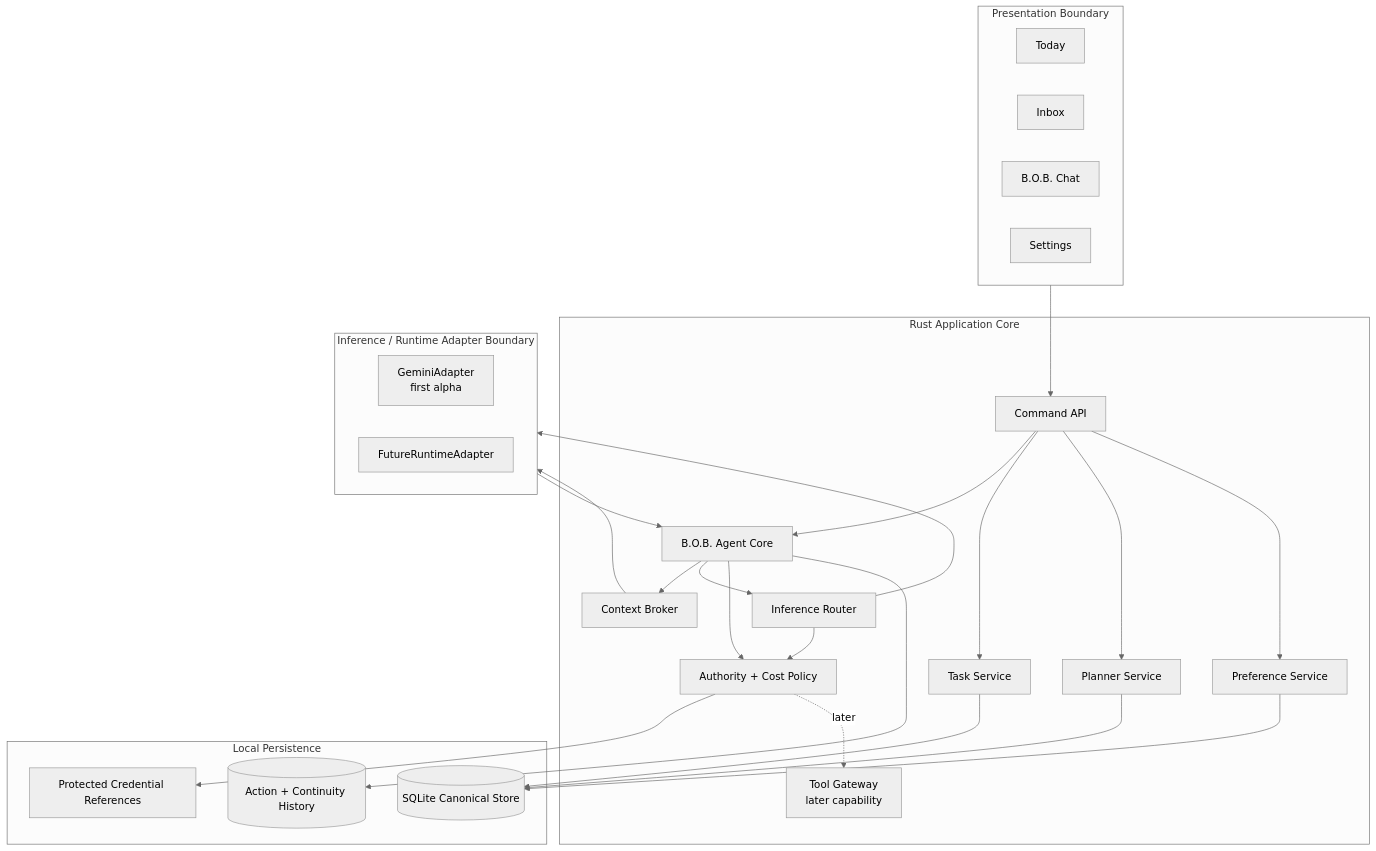
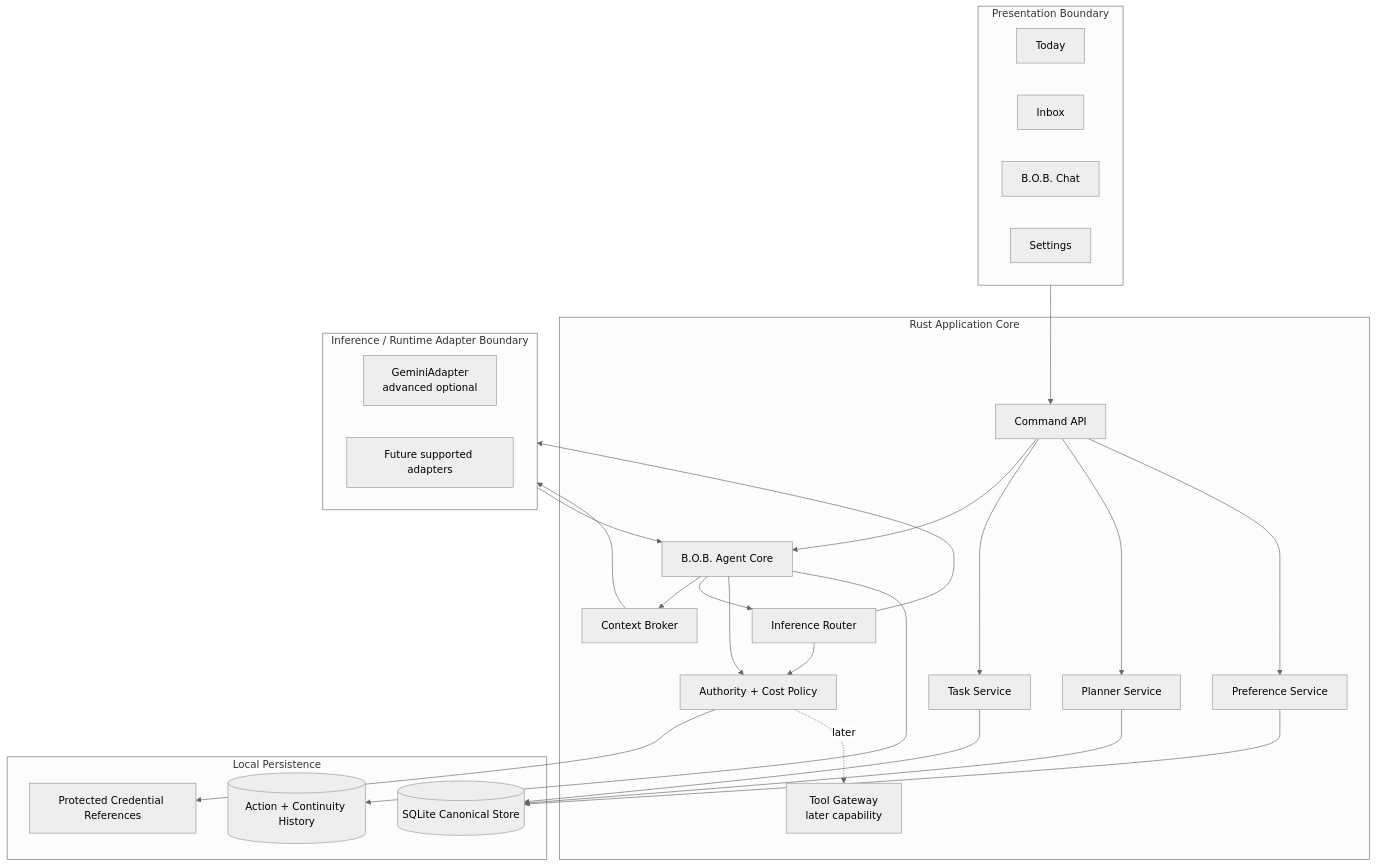
Before and after one commit to Knapp-Kevin/B.O.B.: the second of 3 diagrams in docs/ARCHITECTURE.md, drawn with Mermaid (neutral theme). The commit also changed other lines of this file and 2 other files, not shown here.

First line of the commit message:
Reconcile architecture and roadmap with current Wayfinder direction

````diff
--- a/docs/ARCHITECTURE.md
+++ b/docs/ARCHITECTURE.md
@@ -44,54 +44,54 @@
 ```mermaid
 flowchart TB
     subgraph UI[Presentation Boundary]
         TODAY[Today]
         INBOX[Inbox]
         CHAT[B.O.B. Chat]
         SETTINGS[Settings]
     end
 
     subgraph CORE[Rust Application Core]
         CMD[Command API]
         BOB[B.O.B. Agent Core]
         TASK[Task Service]
         PLAN[Planner Service]
         CONTEXT[Context Broker]
         ROUTER[Inference Router]
         POLICY[Authority + Cost Policy]
         TOOLS[Tool Gateway\nlater capability]
         PREF[Preference Service]
     end
 
     subgraph DATA[Local Persistence]
         STORE[(SQLite Canonical Store)]
         HISTORY[(Action + Continuity History)]
         SECRET[Protected Credential References]
     end
 
     subgraph RUNTIMES[Inference / Runtime Adapter Boundary]
-        GEMINI[GeminiAdapter\nfirst alpha]
-        OTHER[FutureRuntimeAdapter]
+        GEMINI[GeminiAdapter\nadvanced optional]
+        OTHER[Future supported adapters]
     end
 
     UI --> CMD
     CMD --> BOB
     CMD --> TASK
     CMD --> PLAN
     CMD --> PREF
 
     BOB --> CONTEXT
     BOB --> ROUTER
     BOB --> POLICY
 
     TASK --> STORE
     PLAN --> STORE
     PREF --> STORE
     BOB --> HISTORY
 
     ROUTER --> POLICY
     ROUTER --> RUNTIMES
     CONTEXT --> RUNTIMES
     RUNTIMES --> BOB
     POLICY --> SECRET
     POLICY -. later .-> TOOLS
 ```
````
